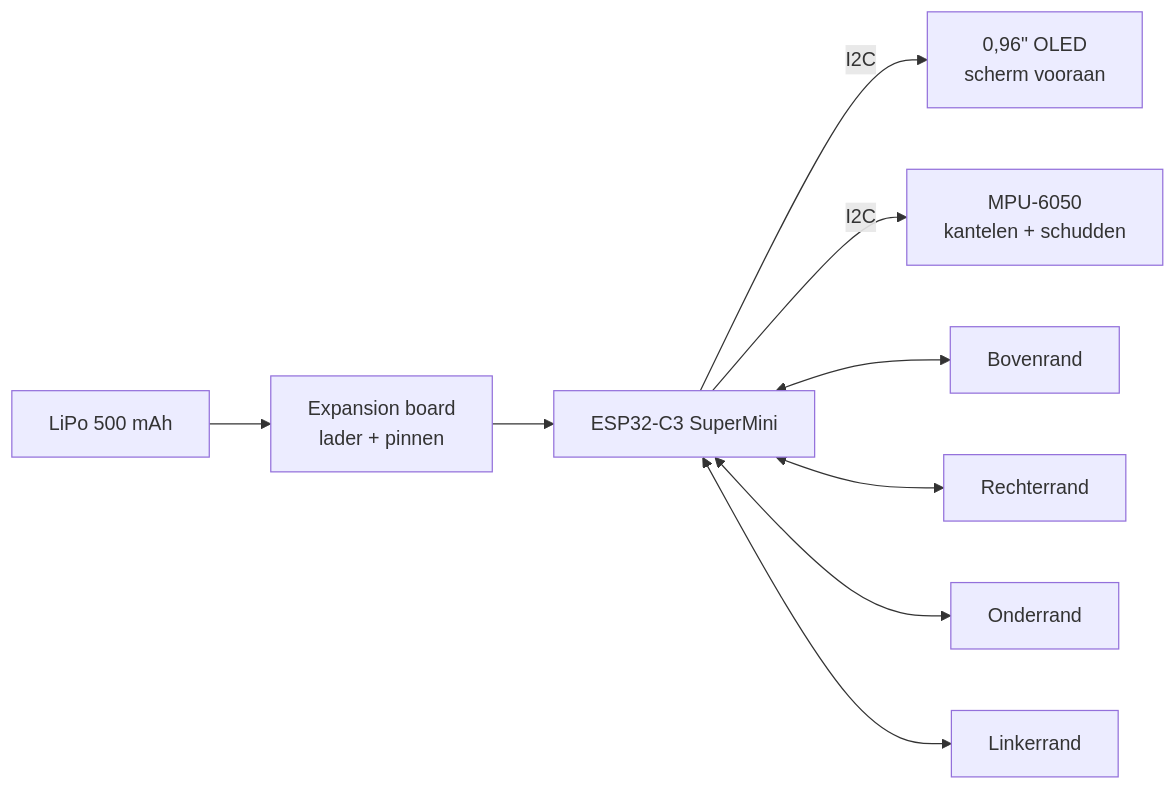
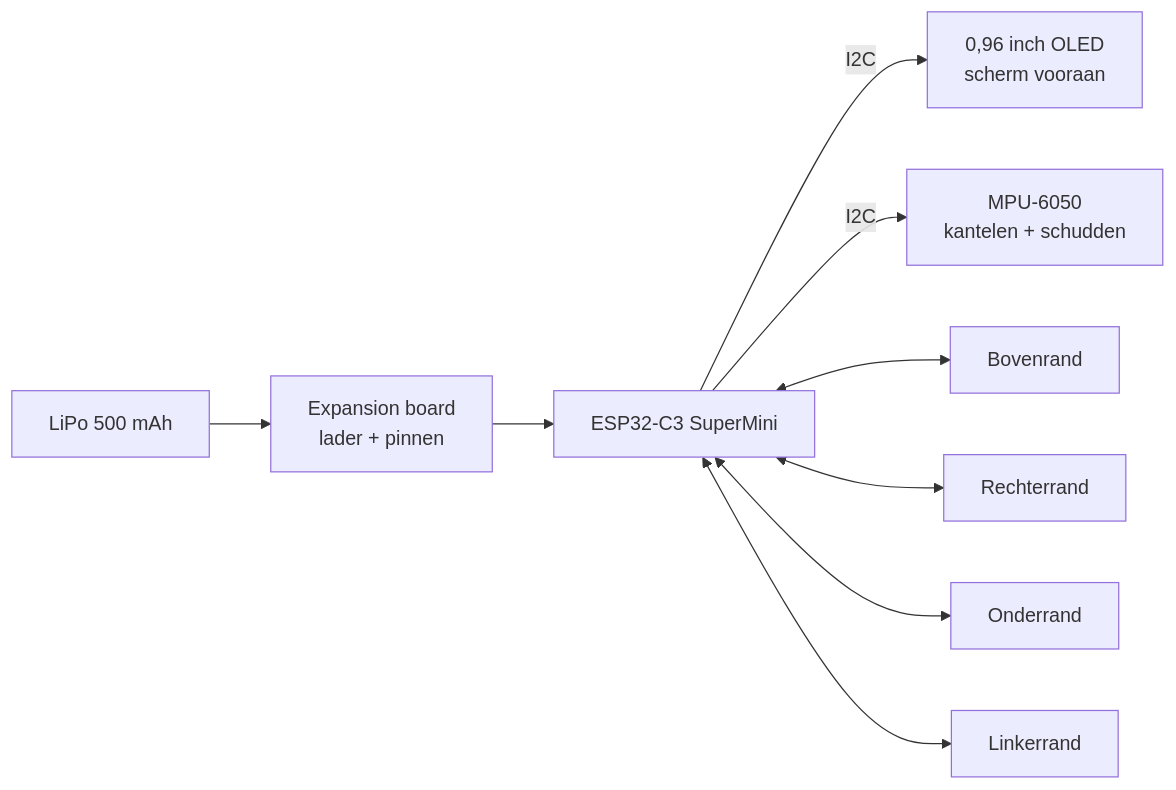
The first of 4 diagrams in docs/Ideas.md (weggos2000/Cubelings), drawn with Mermaid before and after one commit. The commit also changed 1 other file, not shown here.

````diff
--- a/docs/Ideas.md
+++ b/docs/Ideas.md
@@ -28,11 +28,11 @@
 ```mermaid
 flowchart LR
     BAT[LiPo 500 mAh] --> EXP[Expansion board<br/>lader + pinnen]
     EXP --> MCU[ESP32-C3 SuperMini]
-    MCU -- I2C --> OLED[0,96&quot; OLED<br/>scherm vooraan]
+    MCU -- I2C --> OLED[0,96 inch OLED<br/>scherm vooraan]
     MCU -- I2C --> IMU[MPU-6050<br/>kantelen + schudden]
     MCU <--> E1[Bovenrand]
     MCU <--> E2[Rechterrand]
     MCU <--> E3[Onderrand]
     MCU <--> E4[Linkerrand]
 ```
````
